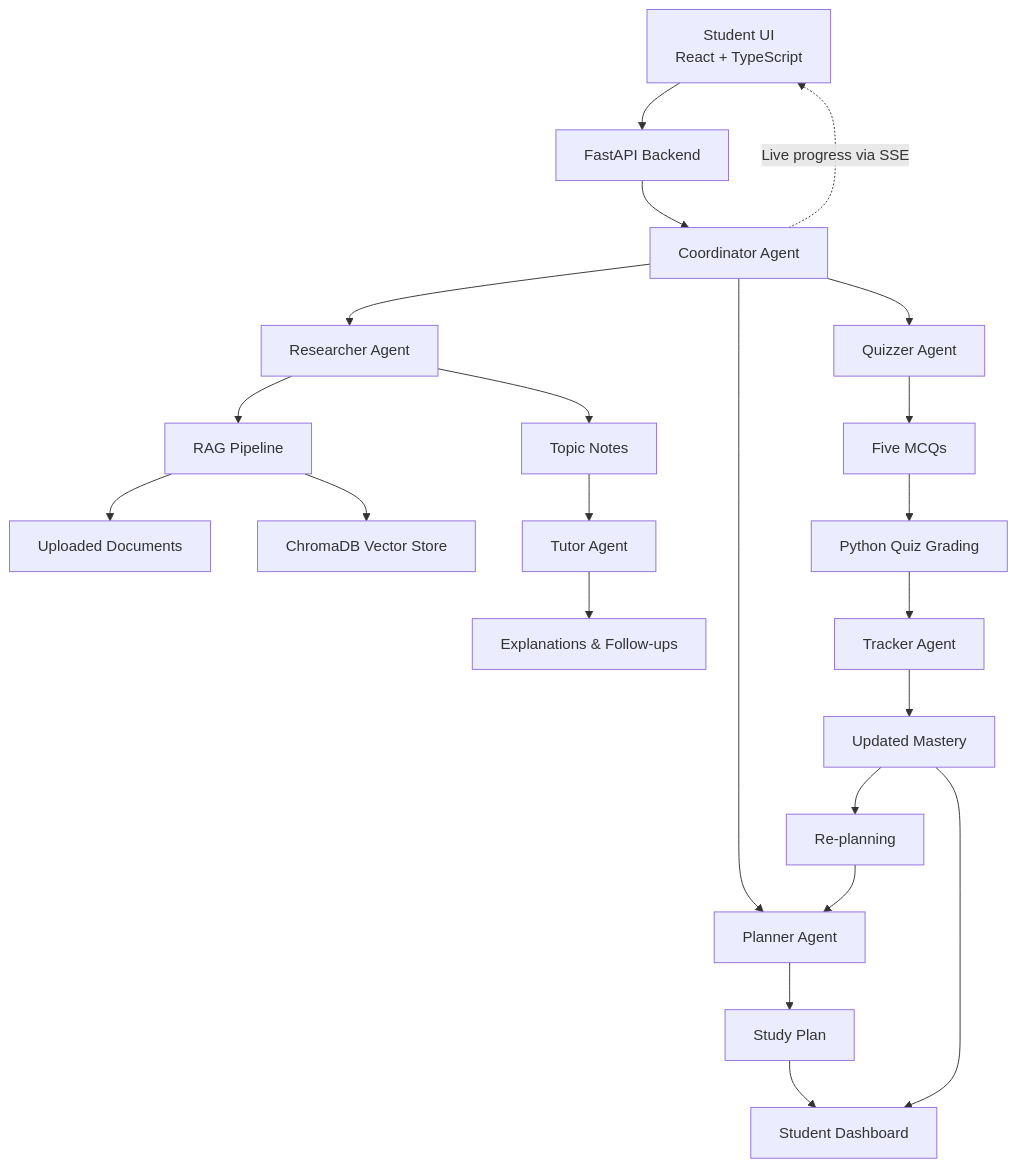
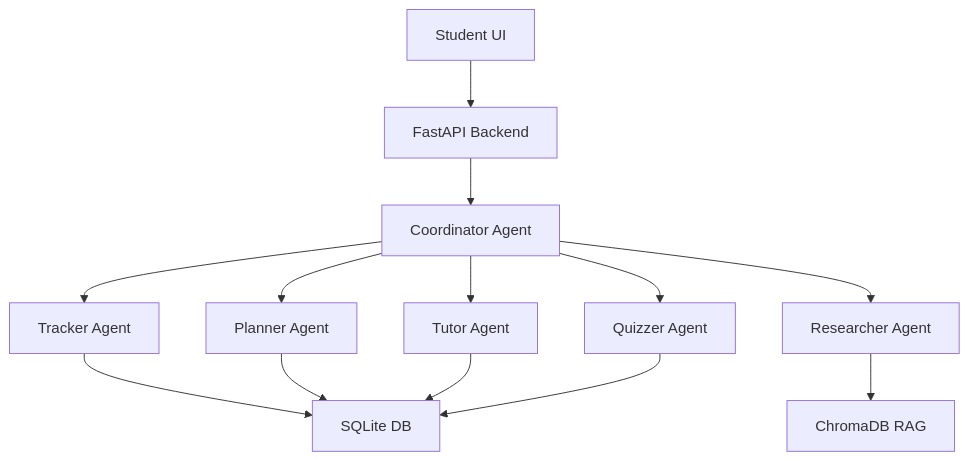
The diagram in README.md (mohitkamble06/STUDYCREW-MAS), drawn with Mermaid before and after one commit. The commit also changed other lines of this file and 63 other files, not shown here.

````diff
--- a/README.md
+++ b/README.md
@@ -160,30 +7,15 @@
 ```mermaid
-flowchart TD
-    A["Student UI<br/>React + TypeScript"] --> B["FastAPI Backend"]
-    B --> C["Coordinator Agent"]
-
-    C --> D["Planner Agent"]
-    D --> E["Study Plan"]
-
-    C --> F["Researcher Agent"]
-    F --> G["RAG Pipeline"]
-    G --> H["Uploaded Documents"]
-    G --> I["ChromaDB Vector Store"]
-    F --> J["Topic Notes"]
-
-    J --> K["Tutor Agent"]
-    K --> L["Explanations & Follow-ups"]
-
-    C --> M["Quizzer Agent"]
-    M --> N["Five MCQs"]
-    N --> O["Python Quiz Grading"]
-    O --> P["Tracker Agent"]
-    P --> Q["Updated Mastery"]
-
-    Q --> R["Re-planning"]
-    E --> S["Student Dashboard"]
-    Q --> S
-    R --> D
-
-    C -. "Live progress via SSE" .-> A
+graph TD
+    A[Student UI] --> B[FastAPI Backend]
+    B --> C[Coordinator Agent]
+    C --> D[Planner Agent]
+    C --> E[Researcher Agent]
+    C --> F[Tutor Agent]
+    C --> G[Quizzer Agent]
+    C --> H[Tracker Agent]
+    E --> I[ChromaDB RAG]
+    H --> J[SQLite DB]
+    D --> J
+    F --> J
+    G --> J
 ```
````
